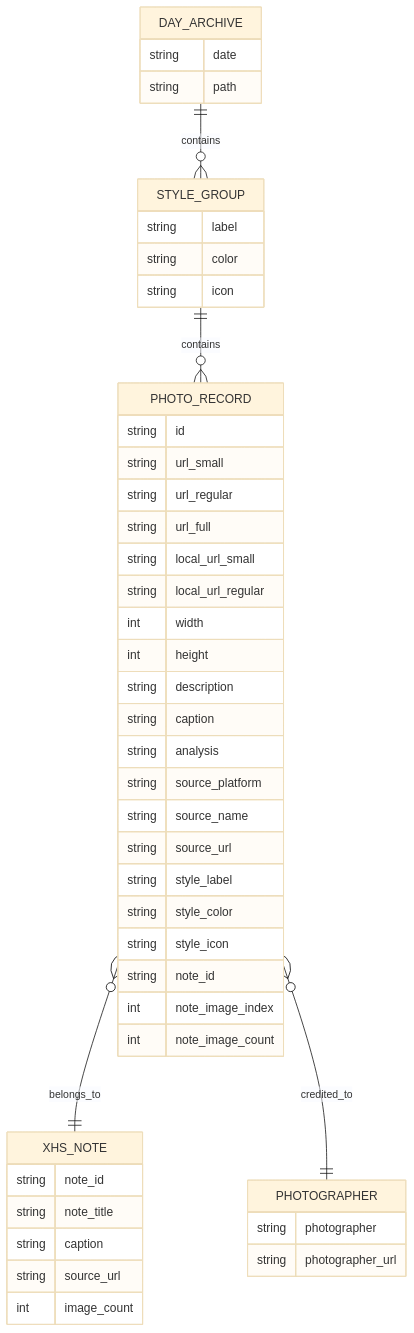
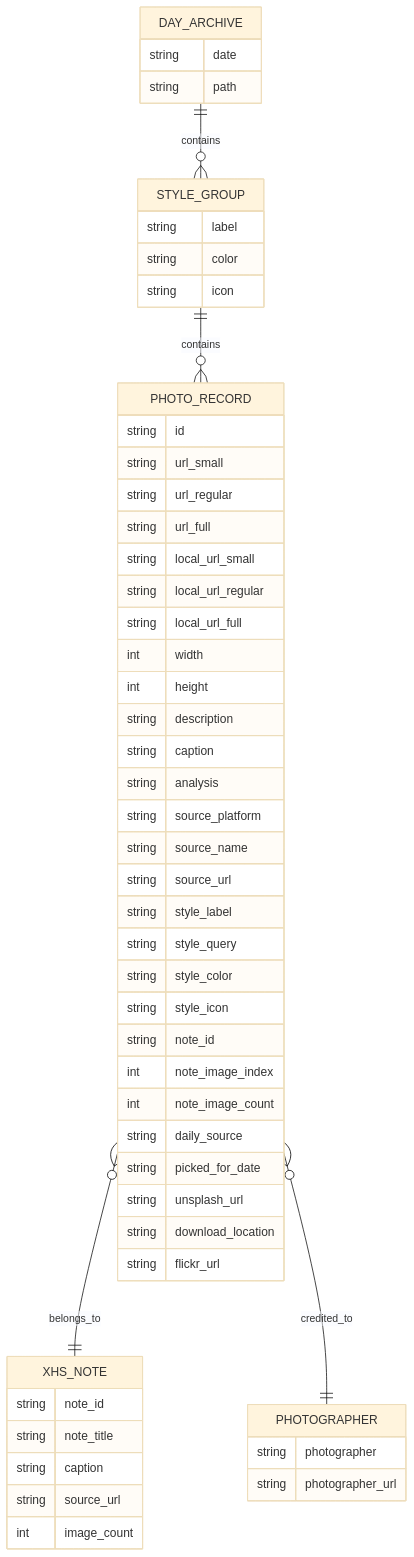
The ninth of 9 diagrams in docs/PRD.md (krisaruz/daily-photo-coach), drawn with Mermaid (base theme) before and after one commit. The commit also changed other lines of this file and 2 other files, not shown here.

````diff
--- a/docs/PRD.md
+++ b/docs/PRD.md
@@ -279,54 +403,61 @@
 ```mermaid
 erDiagram
     DAY_ARCHIVE ||--o{ STYLE_GROUP : contains
     STYLE_GROUP ||--o{ PHOTO_RECORD : contains
     PHOTO_RECORD }o--|| XHS_NOTE : belongs_to
     PHOTO_RECORD }o--|| PHOTOGRAPHER : credited_to
 
     DAY_ARCHIVE {
         string date
         string path
     }
 
     STYLE_GROUP {
         string label
         string color
         string icon
     }
 
     PHOTO_RECORD {
         string id
         string url_small
         string url_regular
         string url_full
         string local_url_small
         string local_url_regular
+        string local_url_full
         int width
         int height
         string description
         string caption
         string analysis
         string source_platform
         string source_name
         string source_url
         string style_label
+        string style_query
         string style_color
         string style_icon
         string note_id
         int note_image_index
         int note_image_count
+        string daily_source
+        string picked_for_date
+        string unsplash_url
+        string download_location
+        string flickr_url
     }
 
     XHS_NOTE {
         string note_id
         string note_title
         string caption
         string source_url
         int image_count
     }
 
     PHOTOGRAPHER {
         string photographer
         string photographer_url
     }
 ```
````
